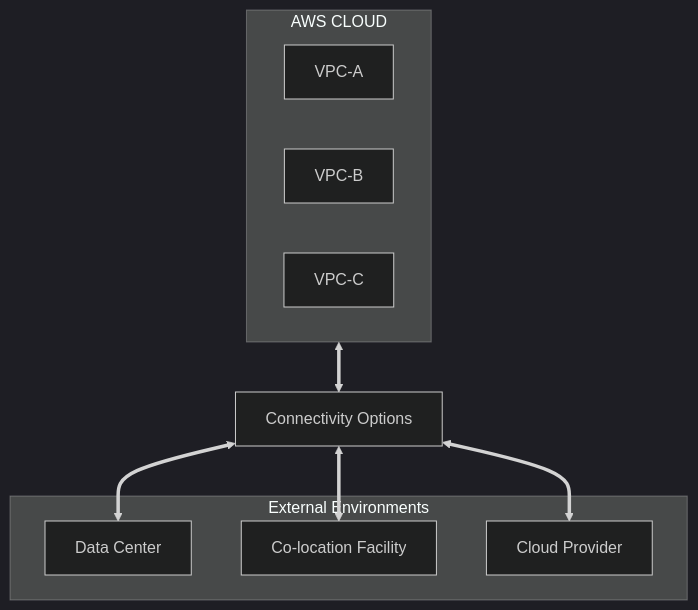
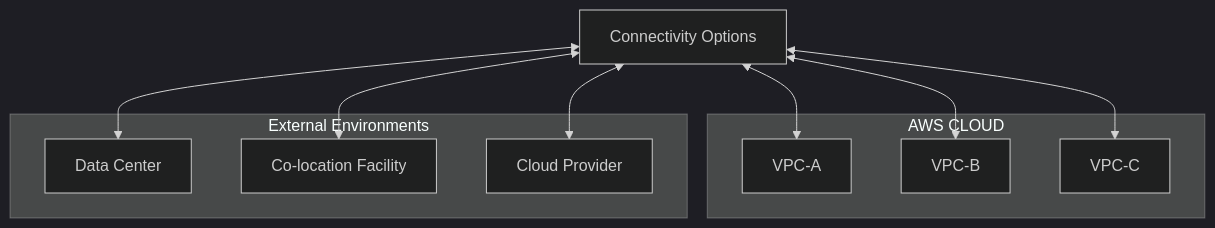
The first of 39 diagrams in 1.1 AWS — Evaluating Connectivity Options for On-Premises, Co-Location & Cloud Integration.md (ReginRavi/AIP-C01), drawn with Mermaid (dark theme) before and after one commit. The commit also changed other lines of this file, not shown here.

Commit message:
Fix Mermaid diagram syntax in 1.1 Evaluating Connectivity Options

````diff
--- a/1.1 AWS — Evaluating Connectivity Options for On-Premises, Co-Location & Cloud Integration.md
+++ b/1.1 AWS — Evaluating Connectivity Options for On-Premises, Co-Location & Cloud Integration.md
@@ -24,20 +24,19 @@
 ```mermaid
 flowchart TD
-    subgraph AWSCloud["AWS CLOUD"]
+    subgraph AWSCloud ["AWS CLOUD"]
         VPCA["VPC-A"]
         VPCB["VPC-B"]
         VPCC["VPC-C"]
     end
 
-    AWSCloud <==> Connection["Connectivity Options"]
-
-    subgraph External["External Environments"]
+    subgraph External ["External Environments"]
         DC["Data Center"]
         CoLo["Co-location Facility"]
         OtherCloud["Cloud Provider"]
     end
 
-    Connection <==> DC
-    Connection <==> CoLo
-    Connection <==> OtherCloud
+    Connection["Connectivity Options"] <--> VPCA & VPCB & VPCC
+    Connection <--> DC
+    Connection <--> CoLo
+    Connection <--> OtherCloud
 ```
````
